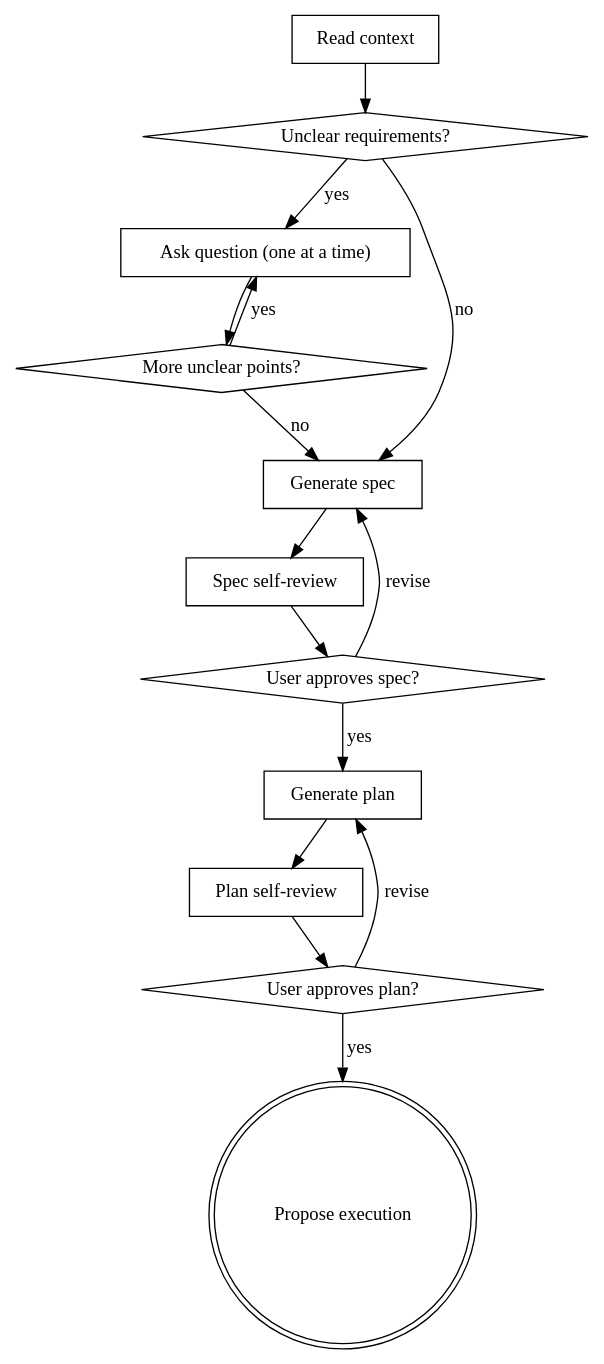
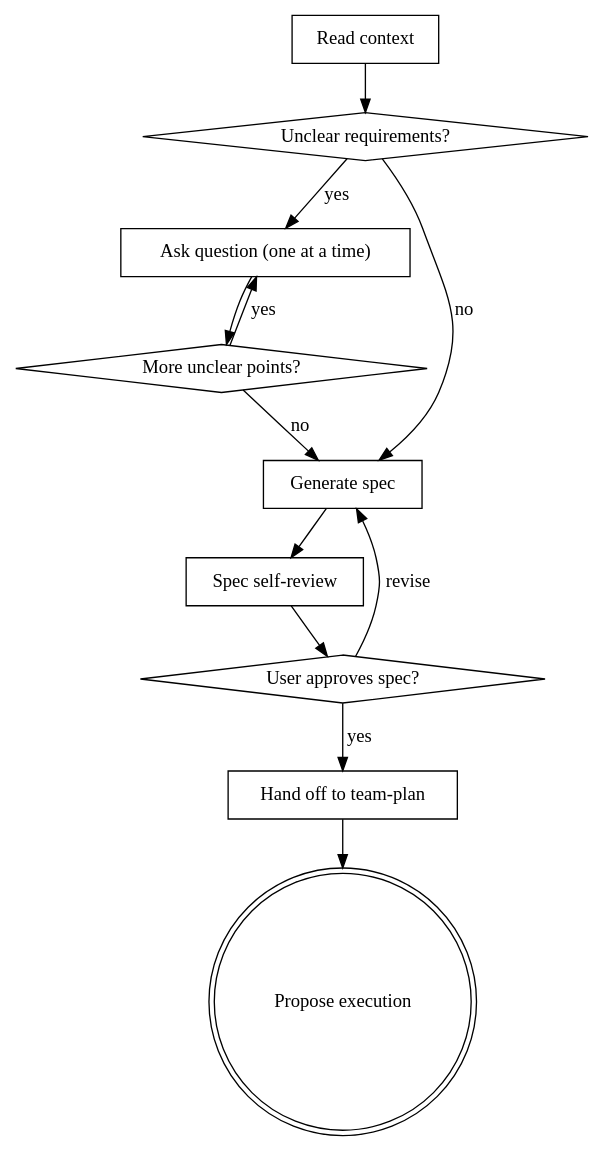
One commit to rat-siem/team-driven-development changed the diagram in skills/quick-plan/SKILL.md. Above: the diagram before and after it, drawn with Graphviz. The commit also changed other lines of this file, not shown here.

Commit message:
refactor(quick-plan): delegate plan generation to team-plan

````diff
--- a/skills/quick-plan/SKILL.md
+++ b/skills/quick-plan/SKILL.md
@@ -30,30 +28,25 @@
 ```dot
 digraph quick_plan {
     "Read context" [shape=box];
     "Unclear requirements?" [shape=diamond];
     "Ask question (one at a time)" [shape=box];
     "More unclear points?" [shape=diamond];
     "Generate spec" [shape=box];
     "Spec self-review" [shape=box];
     "User approves spec?" [shape=diamond];
-    "Generate plan" [shape=box];
-    "Plan self-review" [shape=box];
-    "User approves plan?" [shape=diamond];
+    "Hand off to team-plan" [shape=box];
     "Propose execution" [shape=doublecircle];
 
     "Read context" -> "Unclear requirements?";
     "Unclear requirements?" -> "Ask question (one at a time)" [label="yes"];
     "Unclear requirements?" -> "Generate spec" [label="no"];
     "Ask question (one at a time)" -> "More unclear points?";
     "More unclear points?" -> "Ask question (one at a time)" [label="yes"];
     "More unclear points?" -> "Generate spec" [label="no"];
     "Generate spec" -> "Spec self-review";
     "Spec self-review" -> "User approves spec?";
     "User approves spec?" -> "Generate spec" [label="revise"];
-    "User approves spec?" -> "Generate plan" [label="yes"];
-    "Generate plan" -> "Plan self-review";
-    "Plan self-review" -> "User approves plan?";
-    "User approves plan?" -> "Generate plan" [label="revise"];
-    "User approves plan?" -> "Propose execution" [label="yes"];
+    "User approves spec?" -> "Hand off to team-plan" [label="yes"];
+    "Hand off to team-plan" -> "Propose execution";
 }
 ```
````
